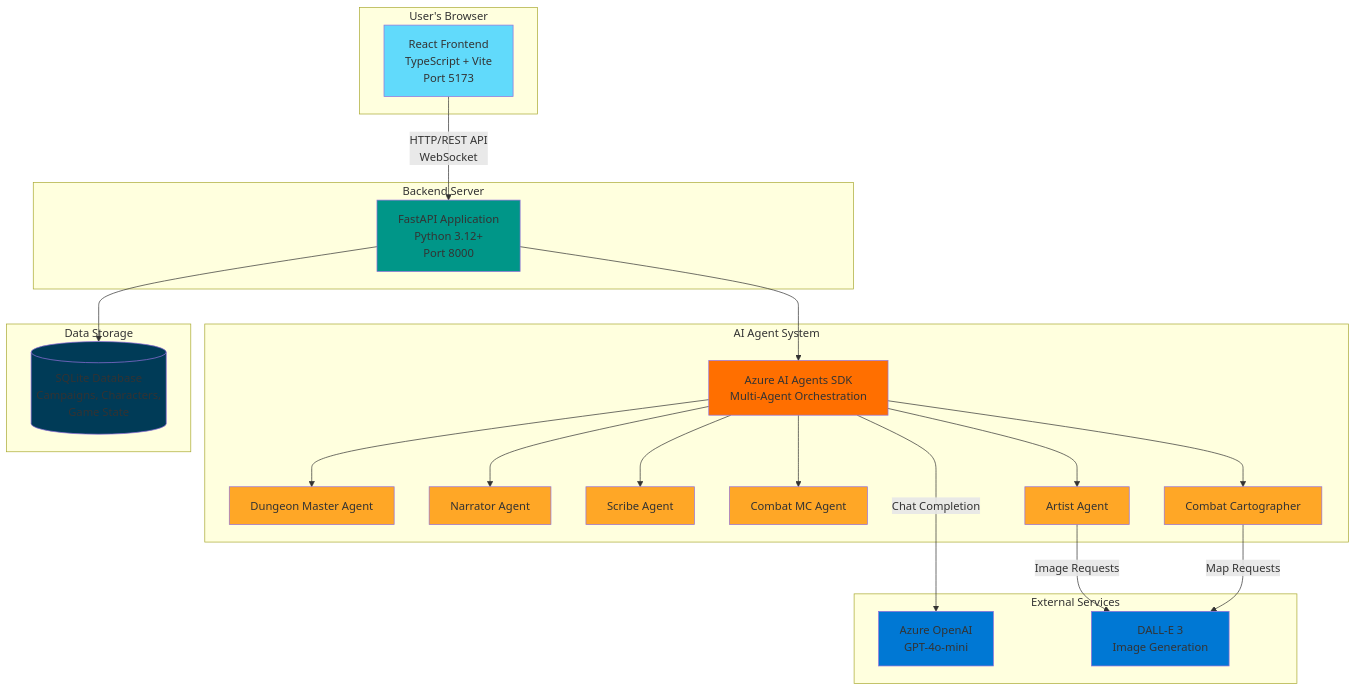
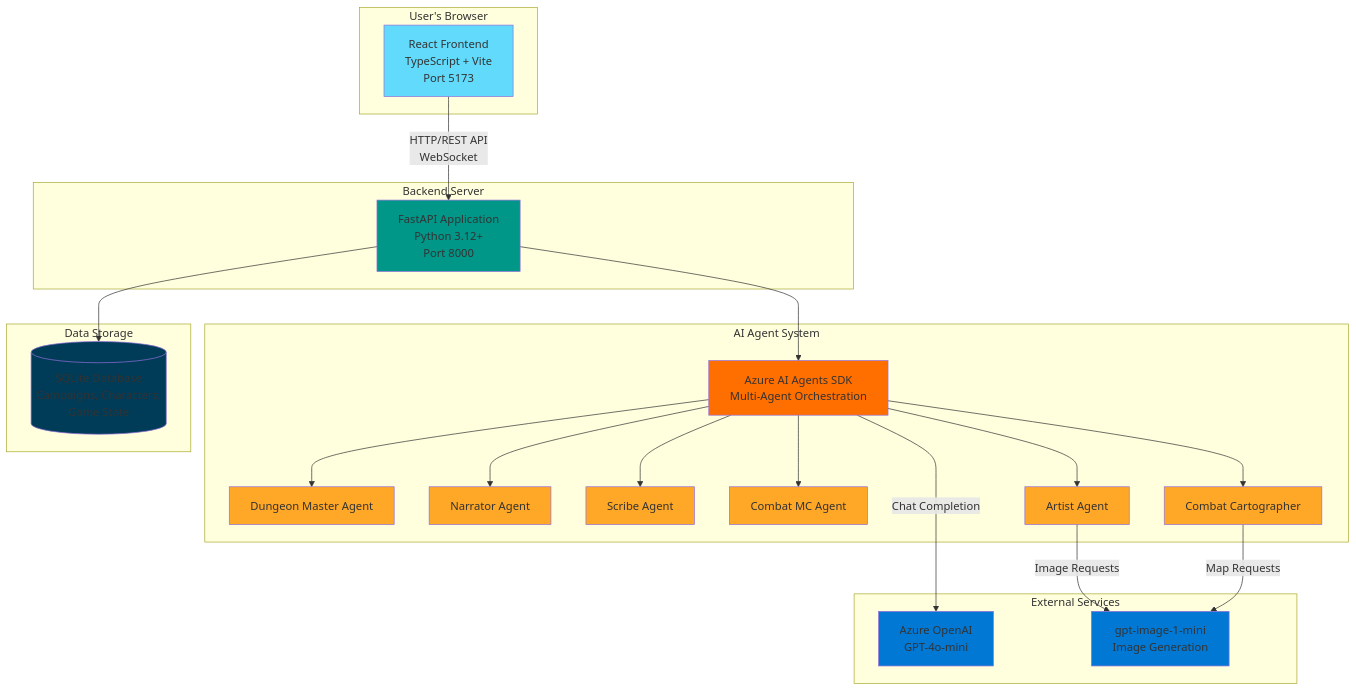
One commit to SecuringTheRealm/str-agentic-adventures changed the second of 16 diagrams in docs/architecture.md. Above: the diagram before and after it, drawn with Mermaid. The commit also changed other lines of this file and 17 other files, not shown here.

First line of the commit message:
fix: migrate from retired DALL-E 3 to gpt-image-1-mini (closes #408)

````diff
--- a/docs/architecture.md
+++ b/docs/architecture.md
@@ -107,55 +107,55 @@
 ```mermaid
 graph TB
     subgraph "User's Browser"
         Frontend[React Frontend<br/>TypeScript + Vite<br/>Port 5173]
     end
 
     subgraph "Backend Server"
         API[FastAPI Application<br/>Python 3.12+<br/>Port 8000]
     end
 
     subgraph "AI Agent System"
         AgentOrchestrator[Azure AI Agents SDK<br/>Multi-Agent Orchestration]
         DM[Dungeon Master Agent]
         Narrator[Narrator Agent]
         Scribe[Scribe Agent]
         CombatMC[Combat MC Agent]
         Cartographer[Combat Cartographer]
         Artist[Artist Agent]
     end
 
     subgraph "Data Storage"
         SQLite[(SQLite Database<br/>Campaigns, Characters,<br/>Game State)]
     end
 
     subgraph "External Services"
         AzureOpenAI[Azure OpenAI<br/>GPT-4o-mini]
-        DALLE[DALL-E 3<br/>Image Generation]
+        DALLE[gpt-image-1-mini<br/>Image Generation]
     end
 
     Frontend -->|HTTP/REST API<br/>WebSocket| API
     API --> AgentOrchestrator
     AgentOrchestrator --> DM
     AgentOrchestrator --> Narrator
     AgentOrchestrator --> Scribe
     AgentOrchestrator --> CombatMC
     AgentOrchestrator --> Cartographer
     AgentOrchestrator --> Artist
     API --> SQLite
     AgentOrchestrator -->|Chat Completion| AzureOpenAI
     Artist -->|Image Requests| DALLE
     Cartographer -->|Map Requests| DALLE
 
     style Frontend fill:#61DAFB
     style API fill:#009688
     style AgentOrchestrator fill:#FF6F00
     style DM fill:#FFA726
     style Narrator fill:#FFA726
     style Scribe fill:#FFA726
     style CombatMC fill:#FFA726
     style Cartographer fill:#FFA726
     style Artist fill:#FFA726
     style SQLite fill:#003B57
     style AzureOpenAI fill:#0078D4
     style DALLE fill:#0078D4
 ```
````
